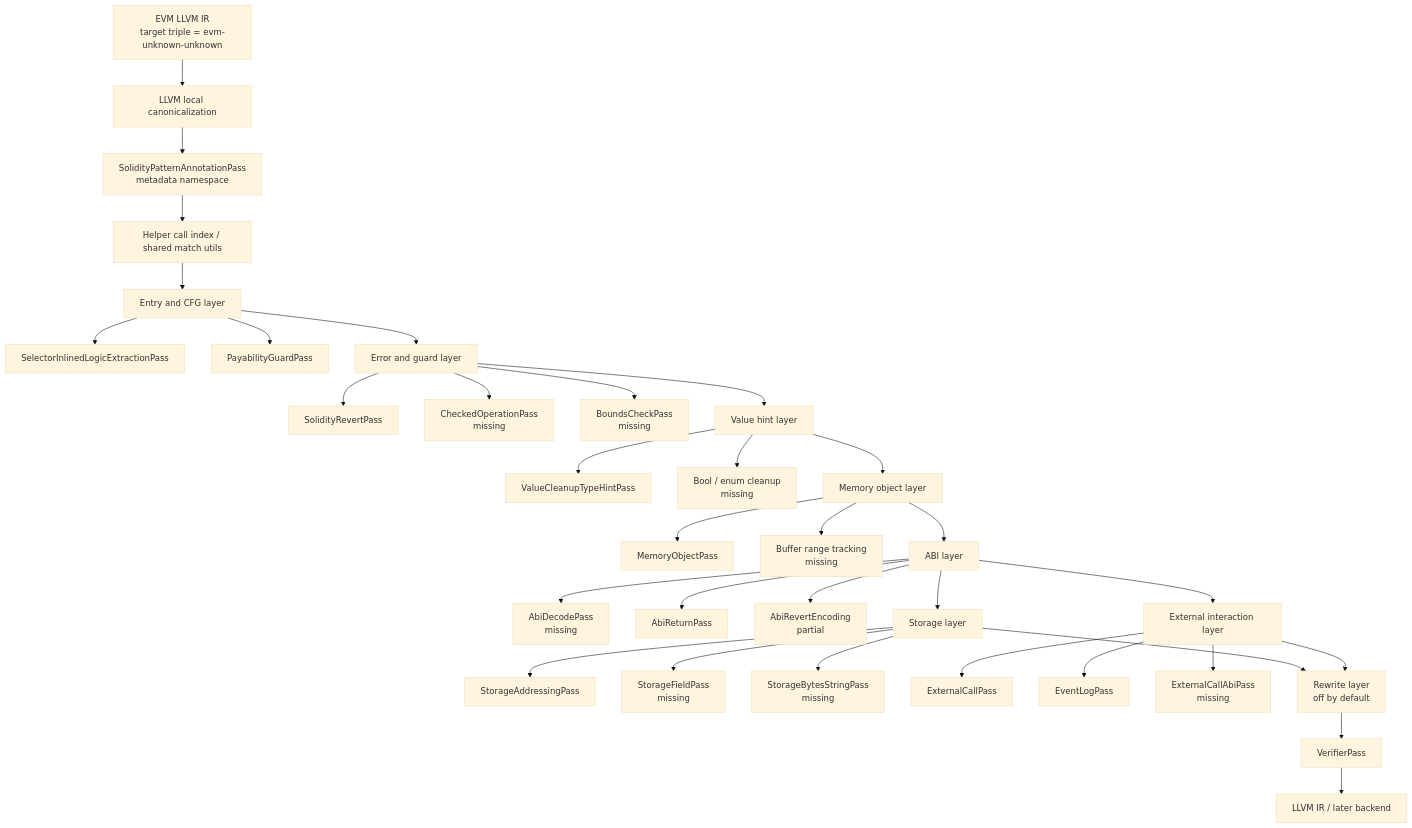
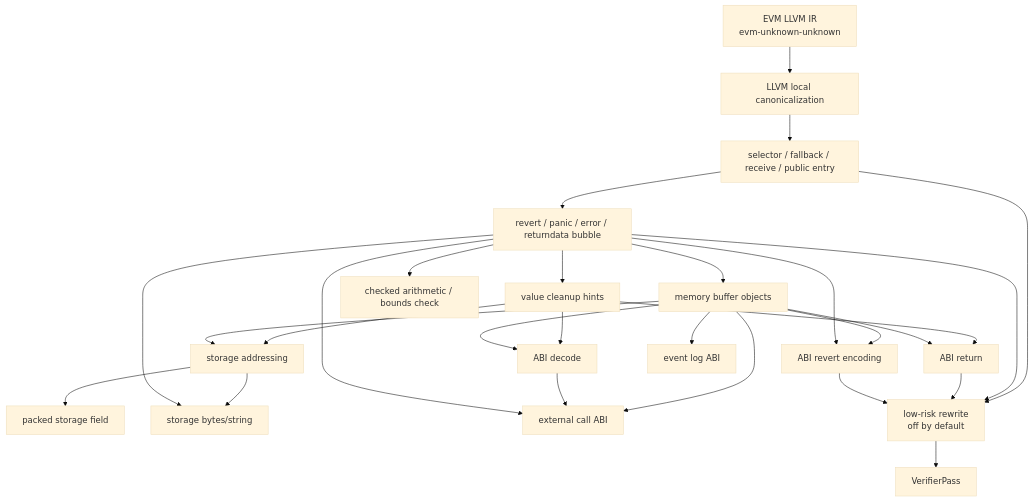
The diagram in logs/20260522-01-Evm2llvmSolidityPassOrderingPlan.md (NotDec/NotDec), drawn with Mermaid (base theme) before and after one commit. The commit also changed other lines of this file, not shown here.

Commit message:
Revise EVM Solidity pass ordering plan

````diff
--- a/logs/20260522-01-Evm2llvmSolidityPassOrderingPlan.md
+++ b/logs/20260522-01-Evm2llvmSolidityPassOrderingPlan.md
@@ -178,43 +44,35 @@
 ```mermaid
 flowchart TD
-  A[EVM LLVM IR<br/>target triple = evm-unknown-unknown] --> B[LLVM local canonicalization]
-  B --> C[SolidityPatternAnnotationPass<br/>metadata namespace]
-  C --> D[Helper call index / shared match utils]
+  A[EVM LLVM IR<br/>evm-unknown-unknown] --> B[LLVM local canonicalization]
 
-  D --> E[Entry and CFG layer]
-  E --> E1[SelectorInlinedLogicExtractionPass]
-  E --> E2[PayabilityGuardPass]
+  B --> C[selector / fallback / receive / public entry]
+  C --> D[revert / panic / error / returndata bubble]
 
-  E --> F[Error and guard layer]
-  F --> F1[SolidityRevertPass]
-  F --> F2[CheckedOperationPass<br/>missing]
-  F --> F3[BoundsCheckPass<br/>missing]
+  D --> E[value cleanup hints]
+  D --> F[memory buffer objects]
+  E --> G[ABI decode]
+  F --> G
+  E --> H[ABI return]
+  F --> H
+  D --> I[checked arithmetic / bounds check]
 
-  F --> G[Value hint layer]
-  G --> G1[ValueCleanupTypeHintPass]
-  G --> G2[Bool / enum cleanup<br/>missing]
+  F --> J[ABI revert encoding]
+  D --> J
 
-  G --> H[Memory object layer]
-  H --> H1[MemoryObjectPass]
-  H --> H2[Buffer range tracking<br/>missing]
+  E --> K[storage addressing]
+  F --> K
+  K --> L[packed storage field]
+  K --> M[storage bytes/string]
+  D --> M
 
-  H --> I[ABI layer]
-  I --> I1[AbiDecodePass<br/>missing]
-  I --> I2[AbiReturnPass]
-  I --> I3[AbiRevertEncoding<br/>partial]
+  F --> N[external call ABI]
+  G --> N
+  D --> N
+  F --> O[event log ABI]
 
-  I --> J[Storage layer]
-  J --> J1[StorageAddressingPass]
-  J --> J2[StorageFieldPass<br/>missing]
-  J --> J3[StorageBytesStringPass<br/>missing]
-
-  I --> K[External interaction layer]
-  K --> K1[ExternalCallPass]
-  K --> K2[EventLogPass]
-  K --> K3[ExternalCallAbiPass<br/>missing]
-
-  J --> L[Rewrite layer<br/>off by default]
-  K --> L
-  L --> M[VerifierPass]
-  M --> N[LLVM IR / later backend]
+  C --> P[low-risk rewrite<br/>off by default]
+  D --> P
+  H --> P
+  J --> P
+  P --> Q[VerifierPass]
 ```
````
